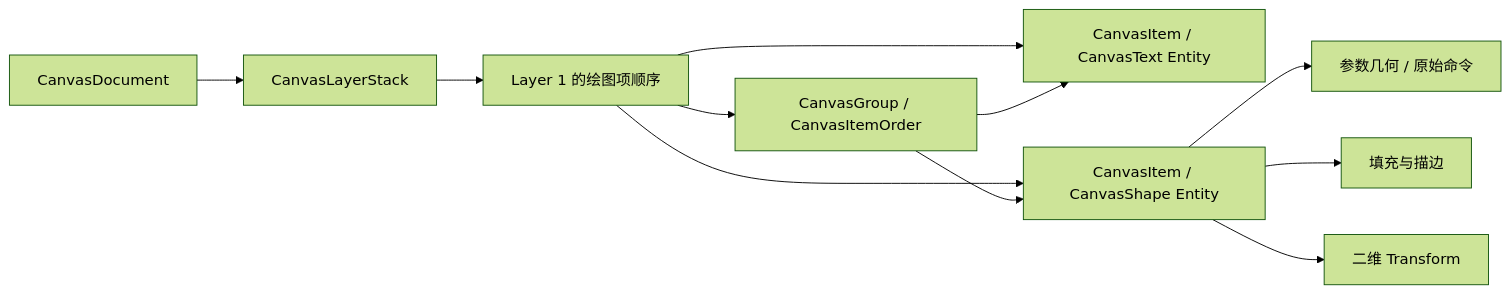
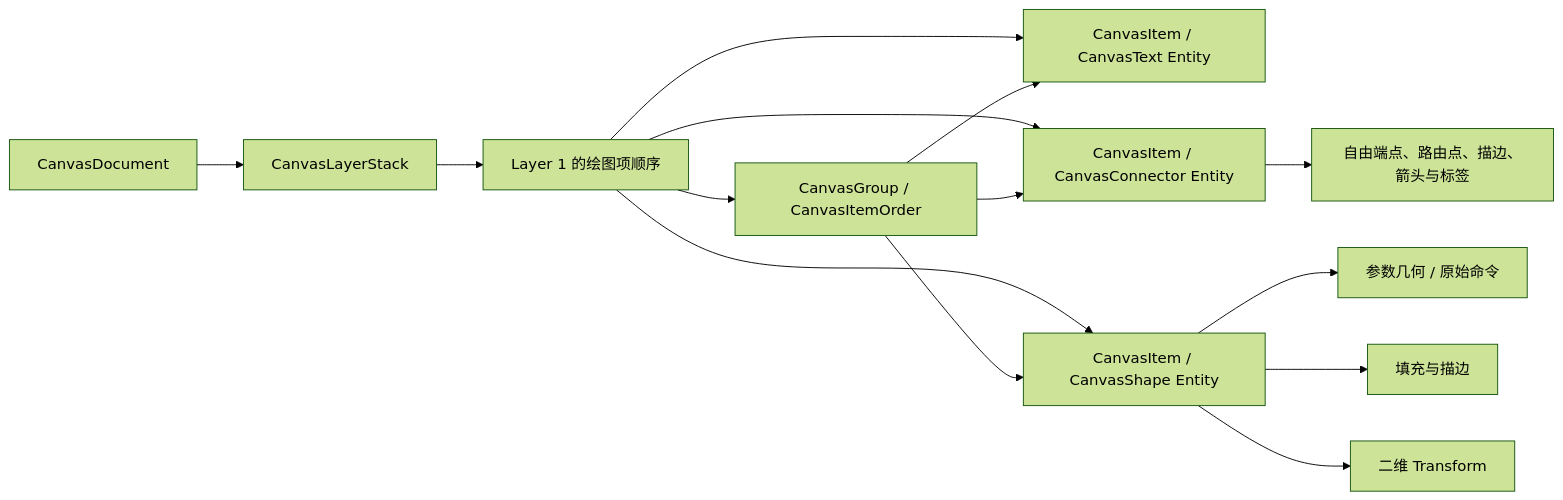
Before and after one commit to slc90/bevy_widgetry: the first of 4 diagrams in docs/design/modules/canvas.md, drawn with Mermaid (forest theme). The commit also changed other lines of this file and 32 other files, not shown here.

````diff
--- a/docs/design/modules/canvas.md
+++ b/docs/design/modules/canvas.md
@@ -9,13 +9,16 @@
 ```mermaid
 flowchart LR
     Document["CanvasDocument"] --> Stack["CanvasLayerStack"]
     Stack --> Layer["Layer 1 的绘图项顺序"]
     Layer --> Group["CanvasGroup / CanvasItemOrder"]
     Layer --> Text["CanvasItem / CanvasText Entity"]
     Group --> Text
+    Layer --> Connector["CanvasItem / CanvasConnector Entity"]
+    Group --> Connector
+    Connector --> Route["自由端点、路由点、描边、箭头与标签"]
     Layer --> Shape["CanvasItem / CanvasShape Entity"]
     Group --> Shape
     Shape --> Geometry["参数几何 / 原始命令"]
     Shape --> Paint["填充与描边"]
     Shape --> Transform["二维 Transform"]
 ```
````
